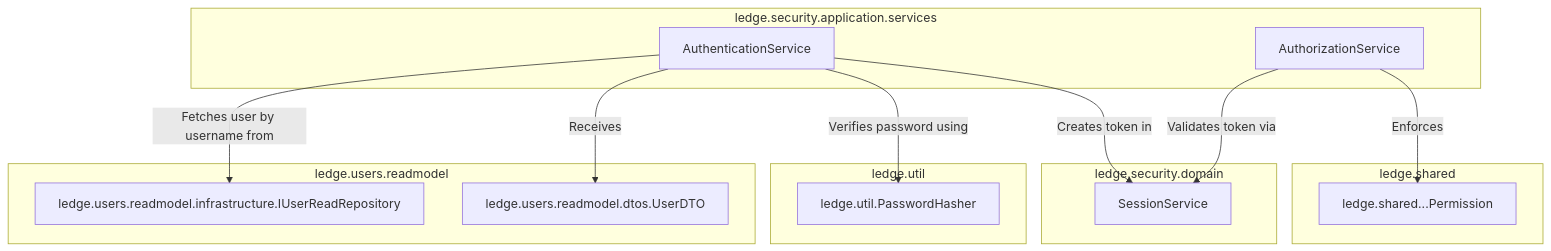
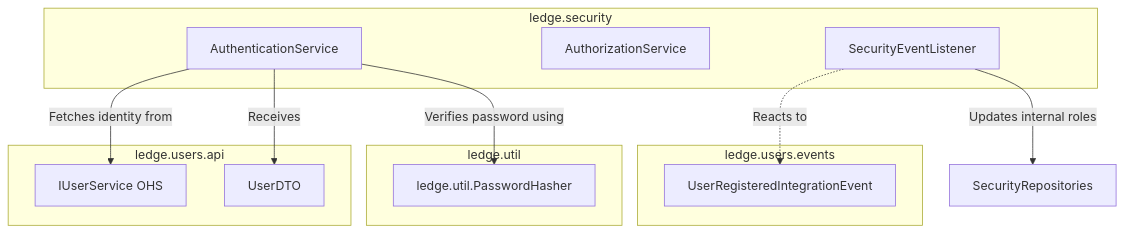
Before and after one commit to fahad-accordion-23/inventory-manager: the third of 4 diagrams in docs/dependencies.md, drawn with Mermaid. The commit also changed other lines of this file and 2 other files, not shown here.

Commit message:
docs: update architecture and dependency documentation

````diff
--- a/docs/dependencies.md
+++ b/docs/dependencies.md
@@ -101,32 +93,28 @@
 ```mermaid
 graph TD
-    subgraph ledge.security.application.services
+    subgraph ledge.security
         AuthenticationService
         AuthorizationService
+        SecurityEventListener
     end
 
-    subgraph ledge.security.domain
-        SessionService
+    subgraph ledge.users.api
+        IUserService[IUserService OHS]
+        UserDTO[UserDTO]
     end
-
-    subgraph ledge.users.readmodel
-        IUserReadRepository[ledge.users.readmodel.infrastructure.IUserReadRepository]
-        UserDTO[ledge.users.readmodel.dtos.UserDTO]
+    
+    subgraph ledge.users.events
+        UserEvents[UserRegisteredIntegrationEvent]
     end
 
     subgraph ledge.util
         PasswordHasher[ledge.util.PasswordHasher]
     end
 
-    subgraph ledge.shared
-        Permission[ledge.shared...Permission]
-    end
-
-    AuthenticationService -->|Fetches user by username from| IUserReadRepository
+    AuthenticationService -->|Fetches identity from| IUserService
     AuthenticationService -->|Receives| UserDTO
     AuthenticationService -->|Verifies password using| PasswordHasher
-    AuthenticationService -->|Creates token in| SessionService
 
-    AuthorizationService -->|Validates token via| SessionService
-    AuthorizationService -->|Enforces| Permission
+    SecurityEventListener -.->|Reacts to| UserEvents
+    SecurityEventListener -->|Updates internal roles| SecurityRepositories
 ```
````
